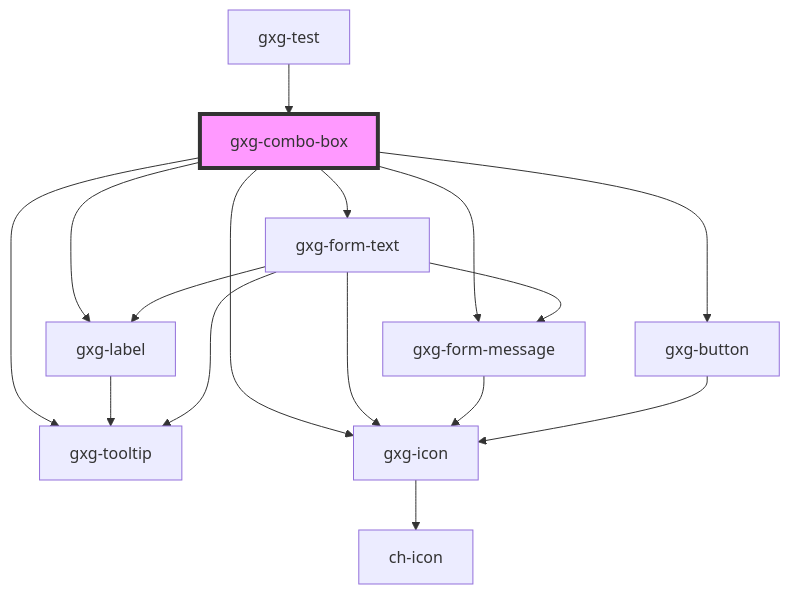
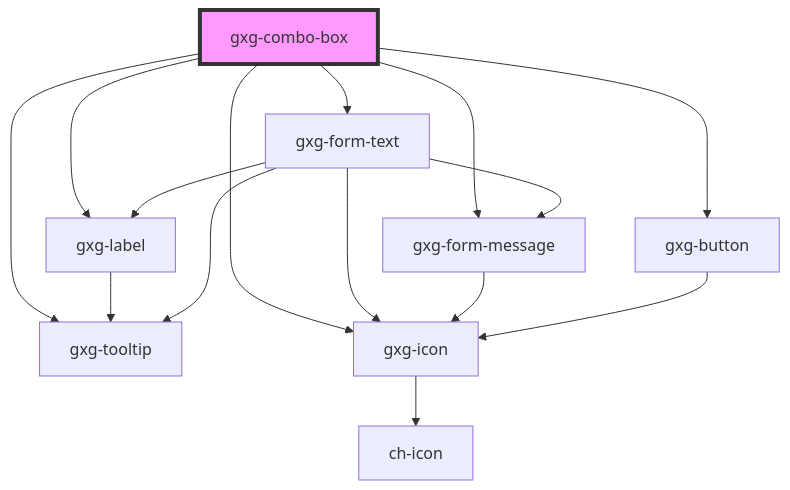
Before and after one commit to genexuslabs/gemini: the diagram in src/components/combo-box/readme.md, drawn with Mermaid. The commit also changed other lines of this file and 13 other files, not shown here.

````diff
--- a/src/components/combo-box/readme.md
+++ b/src/components/combo-box/readme.md
@@ -112,19 +108,18 @@
 ```mermaid
 graph TD;
   gxg-combo-box --> gxg-label
   gxg-combo-box --> gxg-form-text
   gxg-combo-box --> gxg-button
   gxg-combo-box --> gxg-form-message
   gxg-combo-box --> gxg-tooltip
   gxg-combo-box --> gxg-icon
   gxg-label --> gxg-tooltip
   gxg-form-text --> gxg-icon
   gxg-form-text --> gxg-label
   gxg-form-text --> gxg-form-message
   gxg-form-text --> gxg-tooltip
   gxg-icon --> ch-icon
   gxg-form-message --> gxg-icon
   gxg-button --> gxg-icon
-  gxg-test --> gxg-combo-box
   style gxg-combo-box fill:#f9f,stroke:#333,stroke-width:4px
 ```
````
